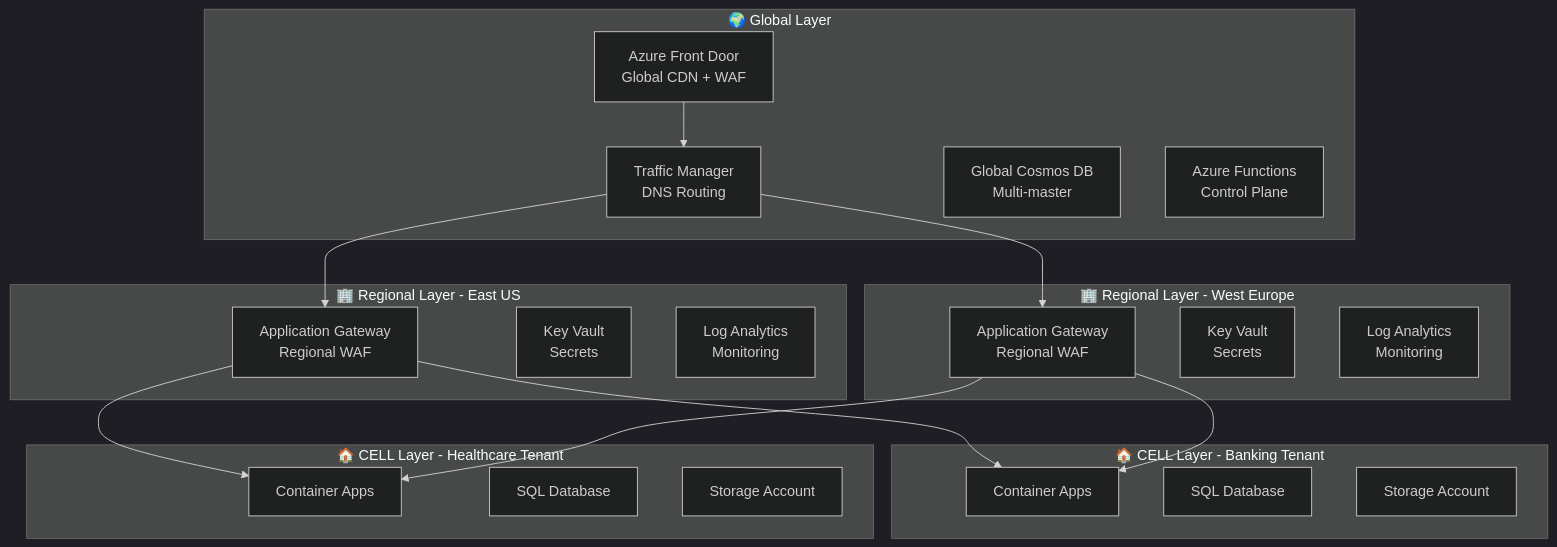
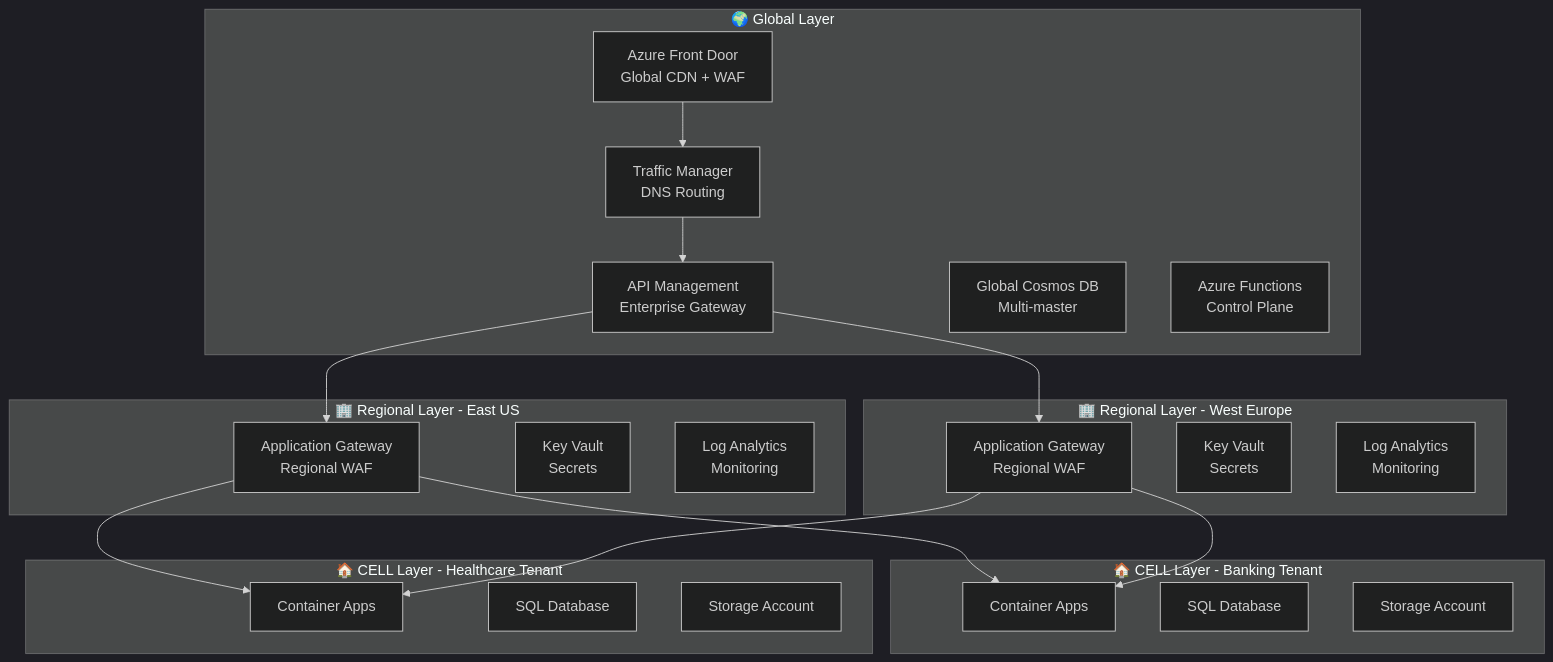
One commit to srnichols/StampsPattern changed the second of 2 diagrams in README.md. Above: the diagram before and after it, drawn with Mermaid (dark theme). The commit also changed other lines of this file and 7 other files, not shown here.

````diff
--- a/README.md
+++ b/README.md
@@ -85,41 +86,43 @@
 ```mermaid
 graph TB
     subgraph "🌍 Global Layer"
         FD[Azure Front Door<br/>Global CDN + WAF]
         TM[Traffic Manager<br/>DNS Routing]
+        APIM[API Management<br/>Enterprise Gateway]
         GC[Global Cosmos DB<br/>Multi-master]
         AF[Azure Functions<br/>Control Plane]
     end
     
     subgraph "🏢 Regional Layer - East US"
         AGW1[Application Gateway<br/>Regional WAF]
         KV1[Key Vault<br/>Secrets]
         LA1[Log Analytics<br/>Monitoring]
     end
     
     subgraph "🏢 Regional Layer - West Europe" 
         AGW2[Application Gateway<br/>Regional WAF]
         KV2[Key Vault<br/>Secrets]
         LA2[Log Analytics<br/>Monitoring]
     end
     
     subgraph "🏠 CELL Layer - Banking Tenant"
         CA1[Container Apps]
         SQL1[SQL Database]
         ST1[Storage Account]
     end
     
     subgraph "🏠 CELL Layer - Healthcare Tenant"
         CA2[Container Apps]
         SQL2[SQL Database] 
         ST2[Storage Account]
     end
     
     FD --> TM
-    TM --> AGW1
-    TM --> AGW2
+    TM --> APIM
+    APIM --> AGW1
+    APIM --> AGW2
     AGW1 --> CA1
     AGW1 --> CA2
     AGW2 --> CA1
     AGW2 --> CA2
 ```
````
